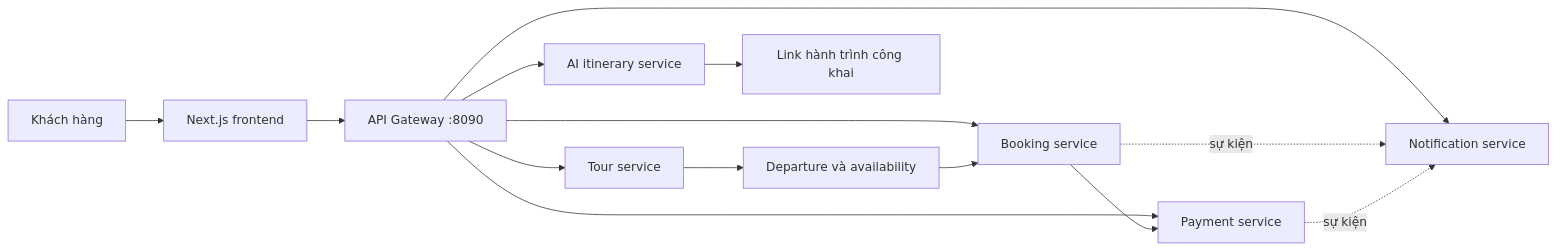
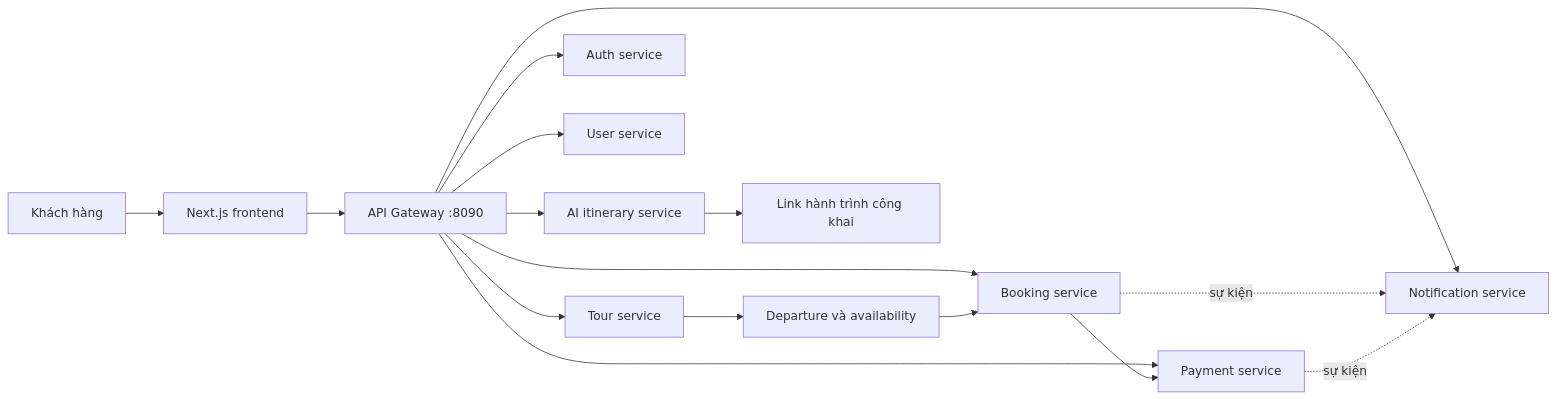
One commit to trinhxuanhuan/journeyai-frontend changed the diagram in README.md. Above: the diagram before and after it, drawn with Mermaid. The commit also changed other lines of this file and 11 other files, not shown here.

````diff
--- a/README.md
+++ b/README.md
@@ -20,17 +21,19 @@
 ```mermaid
 flowchart LR
   Customer[Khách hàng] --> FE[Next.js frontend]
   FE --> Gateway[API Gateway :8090]
   Gateway --> Tour[Tour service]
+  Gateway --> Auth[Auth service]
+  Gateway --> User[User service]
   Gateway --> Booking[Booking service]
   Gateway --> Payment[Payment service]
   Gateway --> Notification[Notification service]
   Gateway --> AI[AI itinerary service]
 
   Tour --> Departure[Departure và availability]
   Departure --> Booking
   Booking --> Payment
   Booking -. sự kiện .-> Notification
   Payment -. sự kiện .-> Notification
   AI --> Shared[Link hành trình công khai]
 ```
````
